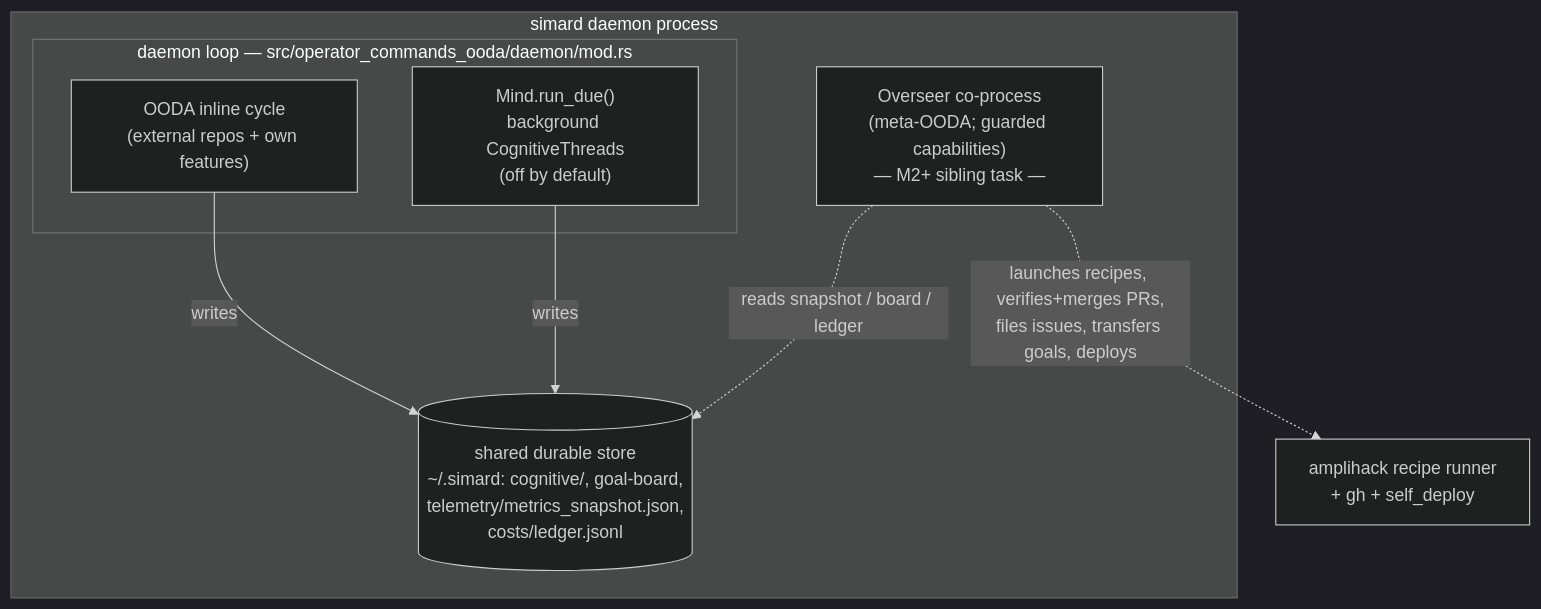
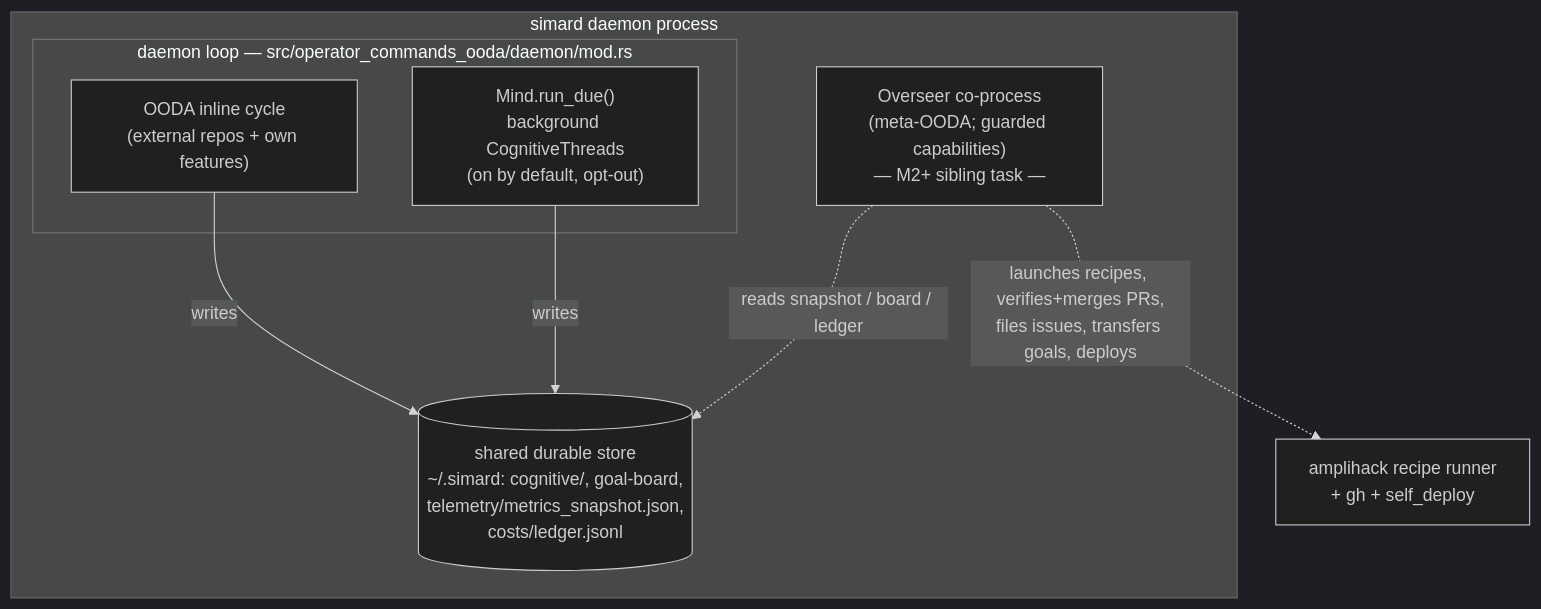
The first of 2 diagrams in docs/design/overseer.md (rysweet/Simard), drawn with Mermaid (dark theme) before and after one commit. The commit also changed other lines of this file and 28 other files, not shown here.

````diff
--- a/docs/design/overseer.md
+++ b/docs/design/overseer.md
@@ -127,15 +127,15 @@
 ```mermaid
 flowchart TB
   subgraph daemon["simard daemon process"]
     subgraph loop["daemon loop — src/operator_commands_ooda/daemon/mod.rs"]
       ooda["OODA inline cycle\n(external repos + own features)"]
-      mind["Mind.run_due()\nbackground CognitiveThreads\n(off by default)"]
+      mind["Mind.run_due()\nbackground CognitiveThreads\n(on by default, opt-out)"]
     end
     store[("shared durable store\n~/.simard: cognitive/, goal-board,\ntelemetry/metrics_snapshot.json,\ncosts/ledger.jsonl")]
     overseer["Overseer co-process\n(meta-OODA; guarded capabilities)\n— M2+ sibling task —"]
   end
   ooda -->|writes| store
   mind -->|writes| store
   overseer -.->|reads snapshot / board / ledger| store
   overseer -.->|launches recipes, verifies+merges PRs,\nfiles issues, transfers goals, deploys| ext["amplihack recipe runner\n+ gh + self_deploy"]
 ```
````
